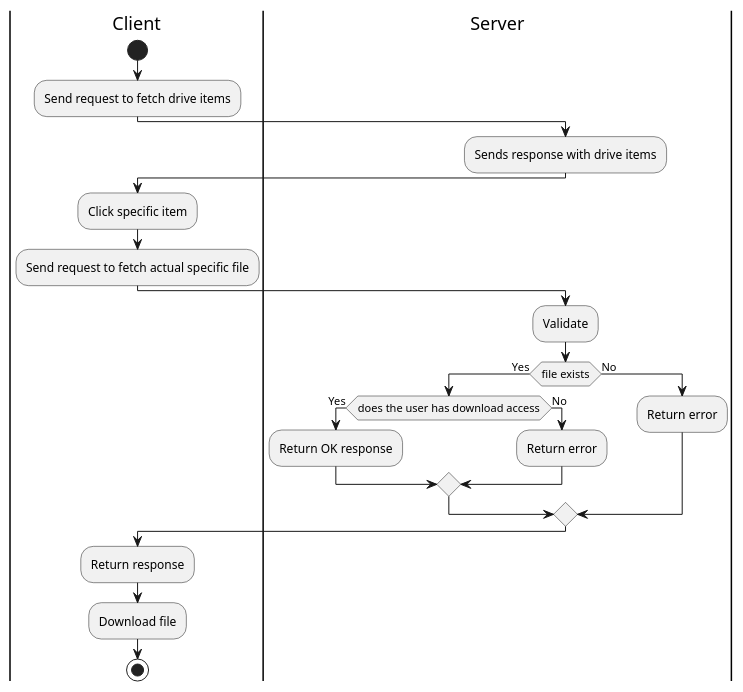
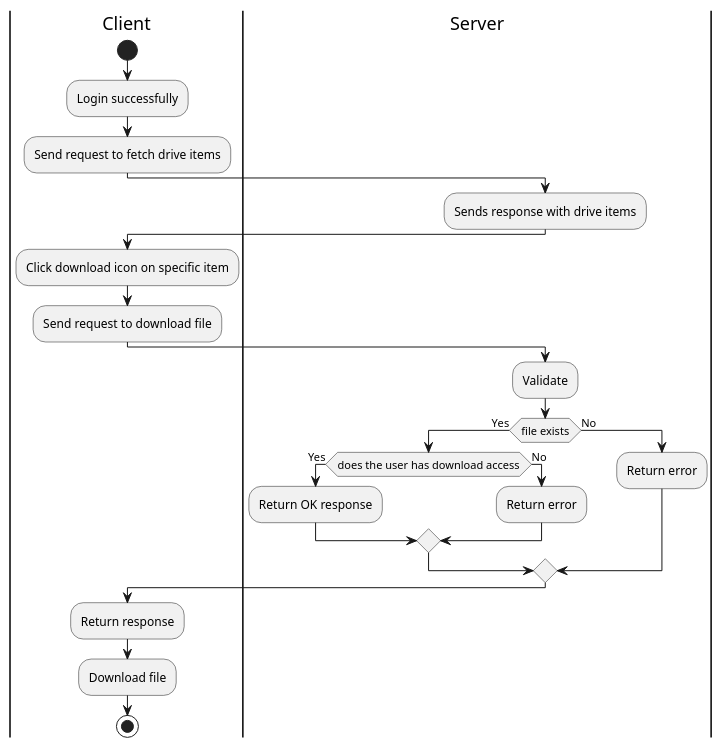
One commit to hakanyildizhan/pwr-22-spring-css-ii-st-gpp changed the diagram in docs/activity-diagrams/download-file.puml. Above: the diagram before and after it, drawn with PlantUML.

```diff
--- a/docs/activity-diagrams/download-file.puml
+++ b/docs/activity-diagrams/download-file.puml
@@ -1,30 +1,31 @@
 @startuml
 |Client|
 start
 |Client|
+:Login successfully;
 :Send request to fetch drive items;
 |Server|
 :Sends response with drive items;
 |Client|
-:Click specific item;
-:Send request to fetch actual specific file;
+:Click download icon on specific item;
+:Send request to download file;
 |Server|
 :Validate;
 if (file exists) then
  ->Yes;
  if (does the user has download access) then
   ->Yes;
   :Return OK response;
  else
   ->No;
   :Return error;
  endif
 else
  -> No;
  :Return error;
 endif
 |Client|
 :Return response;
 :Download file;
 stop
 @enduml
```
